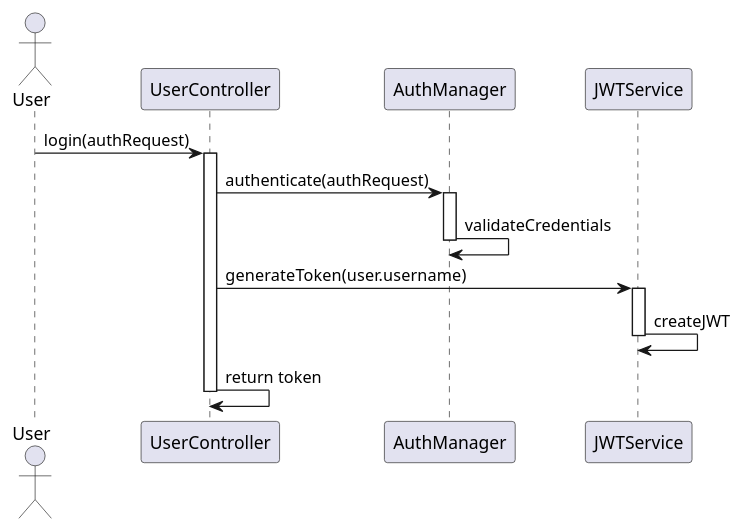
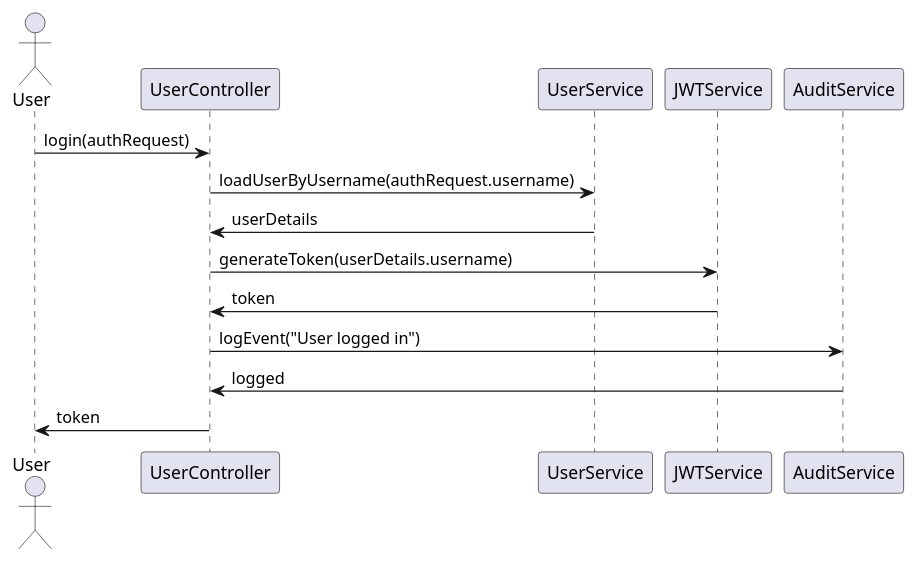
The second of 6 diagrams in identityprovider/documentation/detaileddesign.adoc (Dinesh-s95/AutoDoc.ai), drawn with PlantUML before and after one commit. The commit also changed other lines of this file and 4 other files, not shown here.

````diff
--- a/identityprovider/documentation/detaileddesign.adoc
+++ b/identityprovider/documentation/detaileddesign.adoc
@@ -339,25 +325,18 @@
-[plantuml, "login-sequence", png]
-----
+```plantuml
 @startuml
 actor User
 participant UserController
-participant AuthManager
+participant UserService
 participant JWTService
+participant AuditService
 
 User -> UserController : login(authRequest)
-activate UserController
-
-UserController -> AuthManager : authenticate(authRequest)
-activate AuthManager
-AuthManager -> AuthManager : validateCredentials
-deactivate AuthManager
-
-UserController -> JWTService : generateToken(user.username)
-activate JWTService
-JWTService -> JWTService : createJWT
-deactivate JWTService
-
-UserController -> UserController : return token
-deactivate UserController
+UserController -> UserService : loadUserByUsername(authRequest.username)
+UserService -> UserController : userDetails
+UserController -> JWTService : generateToken(userDetails.username)
+JWTService -> UserController : token
+UserController -> AuditService : logEvent("User logged in")
+AuditService -> UserController : logged
+UserController -> User : token
 @enduml
-----
+```
````
